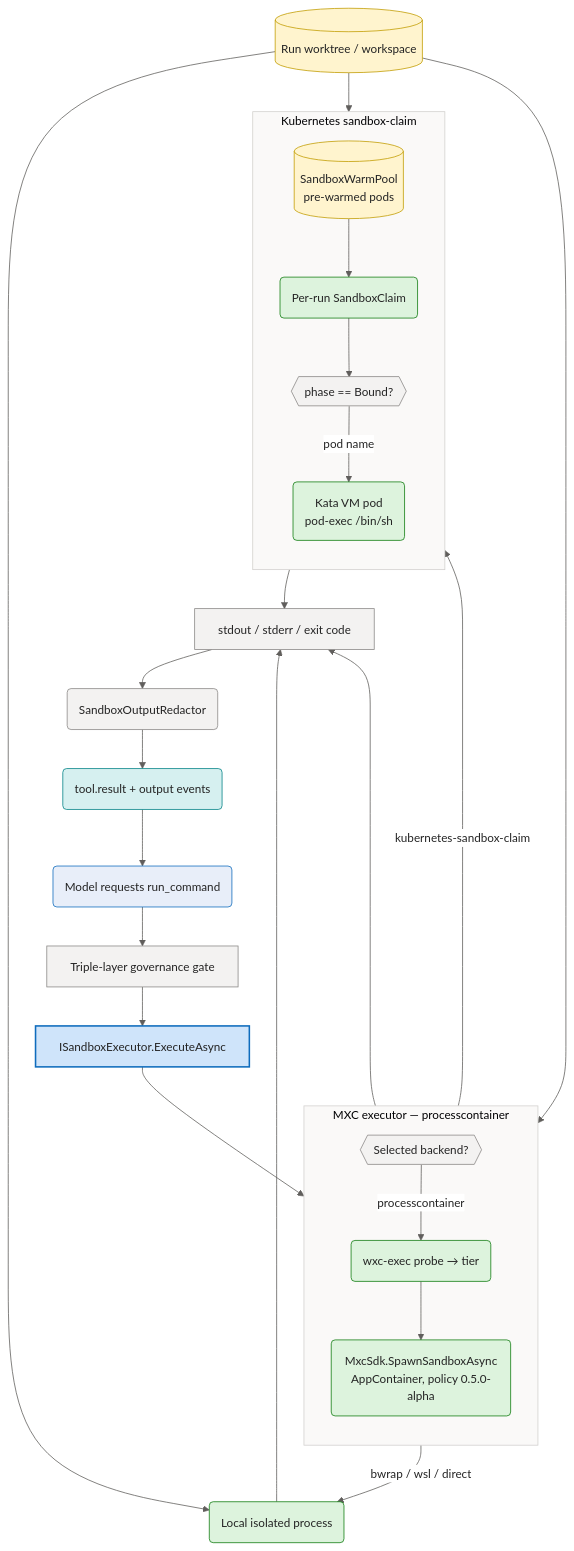
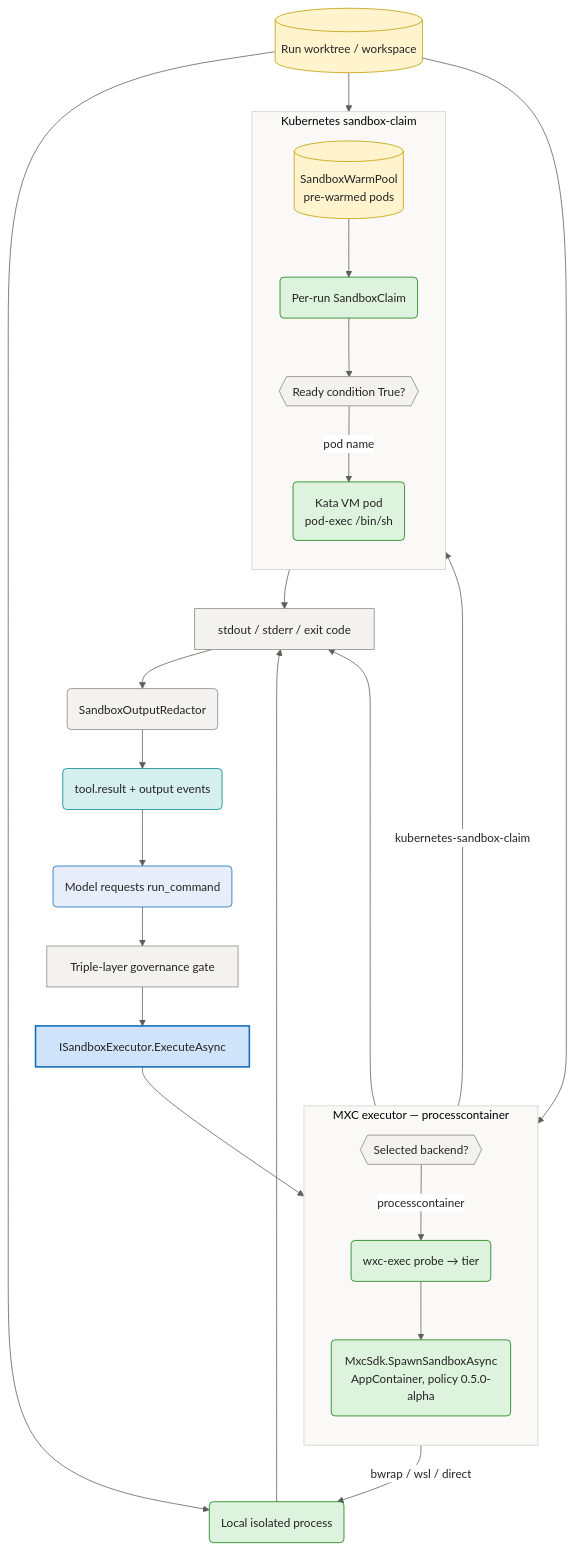
One commit to sabbour/agentweaver changed the diagram in docs/deep-dive/sandboxed-execution.md. Above: the diagram before and after it, drawn with Mermaid. The commit also changed 8 other files, not shown here.

````diff
--- a/docs/deep-dive/sandboxed-execution.md
+++ b/docs/deep-dive/sandboxed-execution.md
@@ -15,45 +15,45 @@
 ```mermaid
 %%{init: {'theme':'base','themeVariables':{'fontFamily':'Segoe UI, system-ui, -apple-system, sans-serif','fontSize':'15px','primaryColor':'#E8EEF9','primaryBorderColor':'#0F6CBD','primaryTextColor':'#242424','lineColor':'#605E5C','clusterBkg':'#FAF9F8','clusterBorder':'#D2D0CE','edgeLabelBackground':'#FFFFFF'}}}%%
 flowchart TB
   Model("Model requests run_command"):::client
   Gov["Triple-layer governance gate"]:::svc
   Exec["ISandboxExecutor.ExecuteAsync"]:::core
   Model --> Gov --> Exec
   Exec --> Branch{{"Selected backend?"}}:::svc
   Work[("Run worktree / workspace")]:::data
 
   subgraph mxc["MXC executor — processcontainer"]
     direction TB
     Branch -->|"processcontainer"| Wxc("wxc-exec probe → tier"):::runtime
     Wxc --> Spawn("MxcSdk.SpawnSandboxAsync<br/>AppContainer, policy 0.5.0-alpha"):::runtime
   end
 
   subgraph k8s["Kubernetes sandbox-claim"]
     direction TB
     Branch -->|"kubernetes-sandbox-claim"| Pool[("SandboxWarmPool<br/>pre-warmed pods")]:::data
     Pool --> Claim("Per-run SandboxClaim"):::runtime
-    Claim --> Bound{{"phase == Bound?"}}:::svc
+    Claim --> Bound{{"Ready condition True?"}}:::svc
     Bound -->|"pod name"| Kata("Kata VM pod<br/>pod-exec /bin/sh"):::runtime
   end
 
   Branch -->|"bwrap / wsl / direct"| Local("Local isolated process"):::runtime
 
   Work --> Spawn
   Work --> Kata
   Work --> Local
 
   Spawn --> Out["stdout / stderr / exit code"]:::svc
   Kata --> Out
   Local --> Out
   Out --> Redact("SandboxOutputRedactor"):::svc
   Redact --> Events("tool.result + output events"):::evt
   Events --> Model
 
   classDef client fill:#E8EEF9,stroke:#0F6CBD,stroke-width:1px,color:#242424;
   classDef svc fill:#F3F2F1,stroke:#8A8886,stroke-width:1px,color:#242424;
   classDef core fill:#CFE4FA,stroke:#0F6CBD,stroke-width:2px,color:#242424;
   classDef data fill:#FFF4CE,stroke:#C19C00,stroke-width:1px,color:#242424;
   classDef ext fill:#F0E8F8,stroke:#8764B8,stroke-width:1px,color:#242424;
   classDef runtime fill:#DDF3DD,stroke:#107C10,stroke-width:1px,color:#242424;
   classDef evt fill:#D6F0F0,stroke:#038387,stroke-width:1px,color:#242424;
 ```
````
